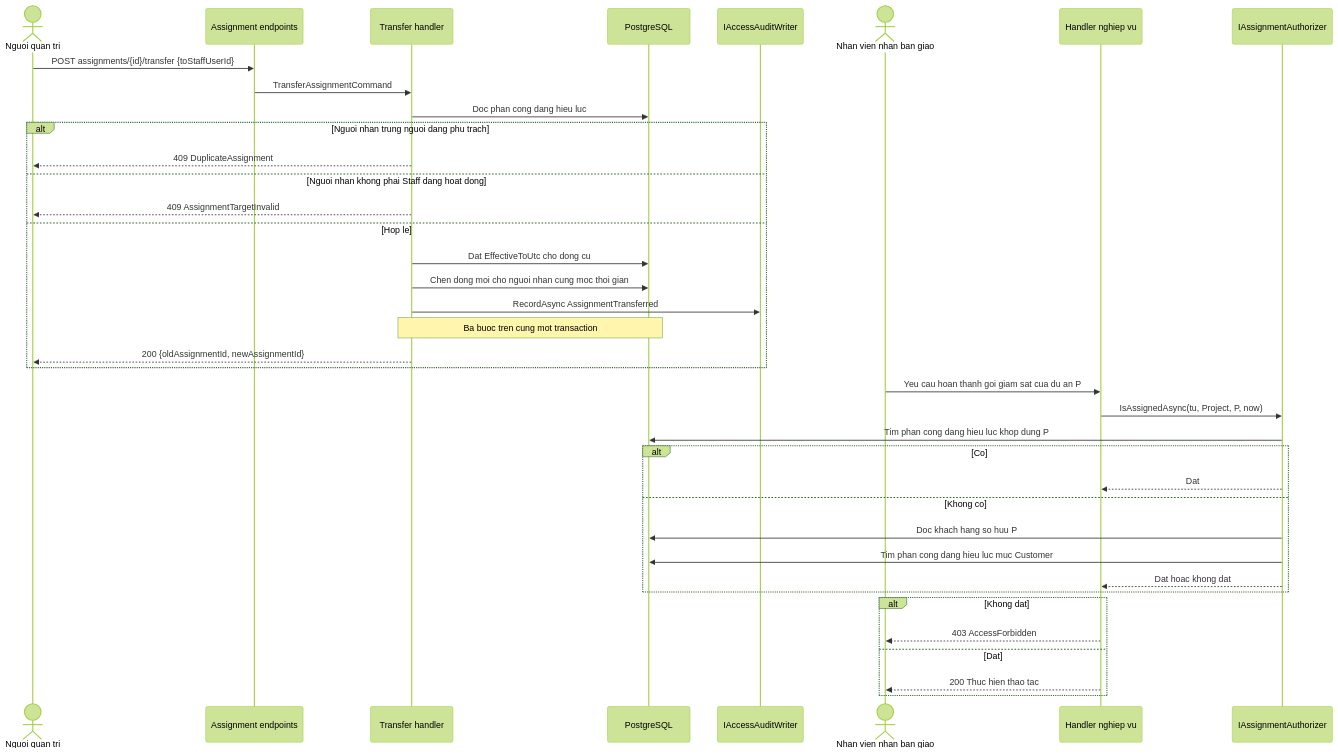
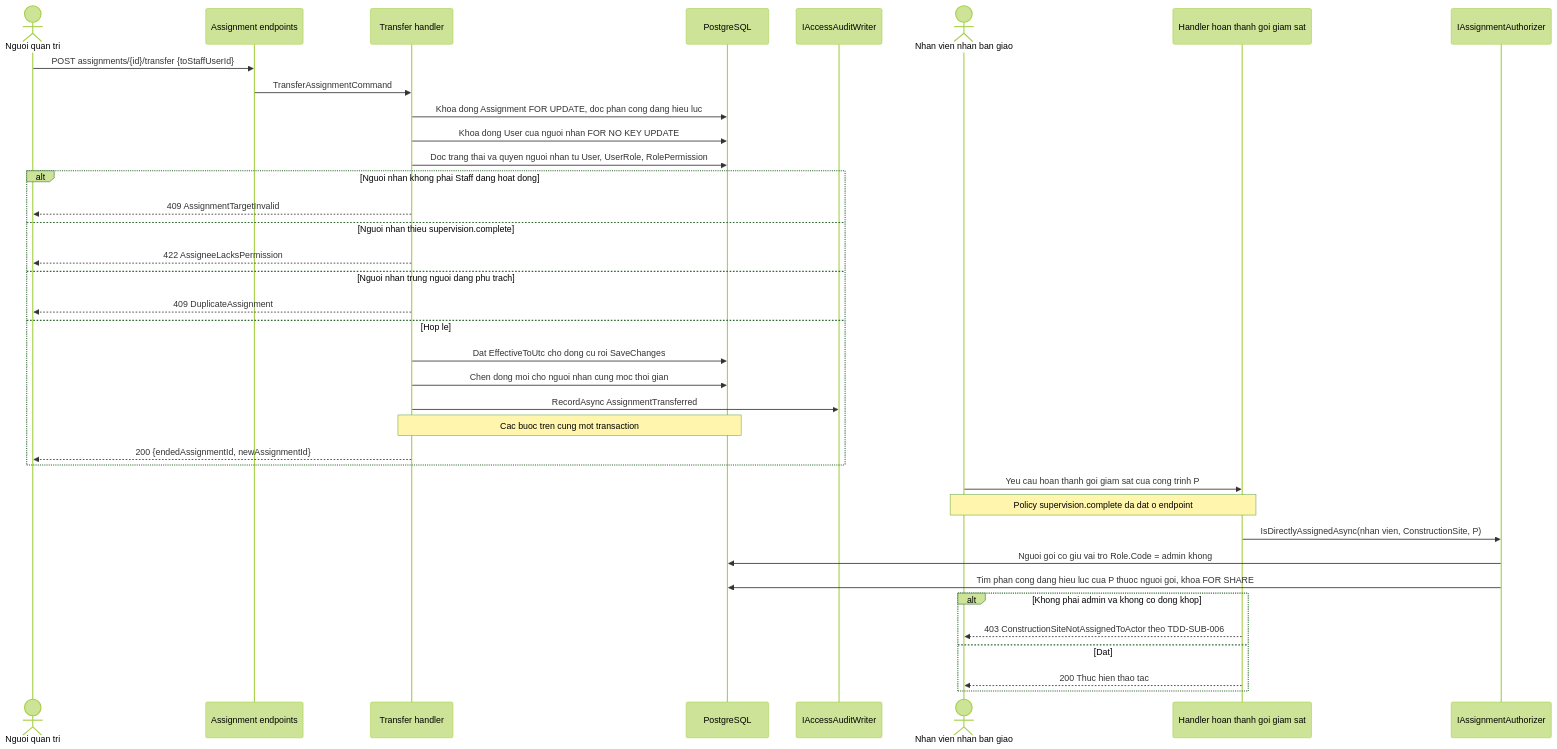
The second of 5 diagrams in tdd/TDD-RBAC-003.md (TaskCoper/bmt-documentation), drawn with Mermaid (forest theme) before and after one commit. The commit also changed other lines of this file and 19 other files, not shown here.

First line of the commit message:
docs(tdd): cập nhật 20 TDD theo User Story và Business Rule đã chốt

````diff
--- a/tdd/TDD-RBAC-003.md
+++ b/tdd/TDD-RBAC-003.md
@@ -166,42 +204,41 @@
 ```mermaid
 sequenceDiagram
     actor AD as Nguoi quan tri
     participant API as Assignment endpoints
     participant AH as Transfer handler
     participant PG as PostgreSQL
     participant AU as IAccessAuditWriter
-    actor TU as Nhan vien nhan ban giao
-    participant BH as Handler nghiep vu
+    actor NA as Nhan vien nhan ban giao
+    participant BH as Handler hoan thanh goi giam sat
     participant AZ as IAssignmentAuthorizer
 
     AD->>API: POST assignments/{id}/transfer {toStaffUserId}
     API->>AH: TransferAssignmentCommand
-    AH->>PG: Doc phan cong dang hieu luc
-    alt Nguoi nhan trung nguoi dang phu trach
+    AH->>PG: Khoa dong Assignment FOR UPDATE, doc phan cong dang hieu luc
+    AH->>PG: Khoa dong User cua nguoi nhan FOR NO KEY UPDATE
+    AH->>PG: Doc trang thai va quyen nguoi nhan tu User, UserRole, RolePermission
+    alt Nguoi nhan khong phai Staff dang hoat dong
+        AH-->>AD: 409 AssignmentTargetInvalid
+    else Nguoi nhan thieu supervision.complete
+        AH-->>AD: 422 AssigneeLacksPermission
+    else Nguoi nhan trung nguoi dang phu trach
         AH-->>AD: 409 DuplicateAssignment
-    else Nguoi nhan khong phai Staff dang hoat dong
-        AH-->>AD: 409 AssignmentTargetInvalid
     else Hop le
-        AH->>PG: Dat EffectiveToUtc cho dong cu
+        AH->>PG: Dat EffectiveToUtc cho dong cu roi SaveChanges
         AH->>PG: Chen dong moi cho nguoi nhan cung moc thoi gian
         AH->>AU: RecordAsync AssignmentTransferred
-        Note over AH,PG: Ba buoc tren cung mot transaction
-        AH-->>AD: 200 {oldAssignmentId, newAssignmentId}
+        Note over AH,PG: Cac buoc tren cung mot transaction
+        AH-->>AD: 200 {endedAssignmentId, newAssignmentId}
     end
 
-    TU->>BH: Yeu cau hoan thanh goi giam sat cua du an P
-    BH->>AZ: IsAssignedAsync(tu, Project, P, now)
-    AZ->>PG: Tim phan cong dang hieu luc khop dung P
-    alt Co
-        AZ-->>BH: Dat
-    else Khong co
-        AZ->>PG: Doc khach hang so huu P
-        AZ->>PG: Tim phan cong dang hieu luc muc Customer
-        AZ-->>BH: Dat hoac khong dat
-    end
-    alt Khong dat
-        BH-->>TU: 403 AccessForbidden
+    NA->>BH: Yeu cau hoan thanh goi giam sat cua cong trinh P
+    Note over NA,BH: Policy supervision.complete da dat o endpoint
+    BH->>AZ: IsDirectlyAssignedAsync(nhan vien, ConstructionSite, P)
+    AZ->>PG: Nguoi goi co giu vai tro Role.Code = admin khong
+    AZ->>PG: Tim phan cong dang hieu luc cua P thuoc nguoi goi, khoa FOR SHARE
+    alt Khong phai admin va khong co dong khop
+        BH-->>NA: 403 ConstructionSiteNotAssignedToActor theo TDD-SUB-006
     else Dat
-        BH-->>TU: 200 Thuc hien thao tac
+        BH-->>NA: 200 Thuc hien thao tac
     end
 ```
````
